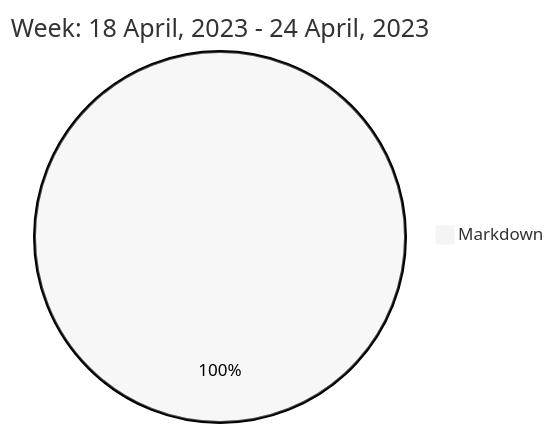
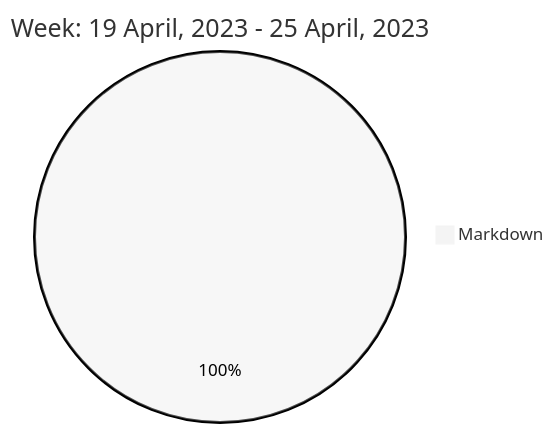
Before and after one commit to liubin95/liubin95: the diagram in README.md, drawn with Mermaid (neutral theme).

Commit message:
Updated the Graph with new Metrics

````diff
--- a/README.md
+++ b/README.md
@@ -40,5 +40,5 @@
 ```mermaid
  pie
-title Week: 18 April, 2023 - 24 April, 2023
- "Markdown" : 2.15
+title Week: 19 April, 2023 - 25 April, 2023
+ "Markdown" : 1.02
 ```
````
